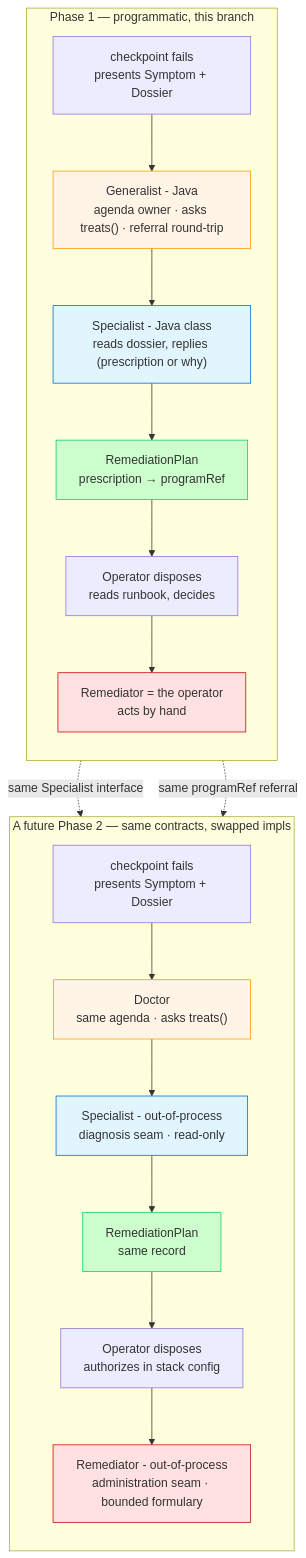
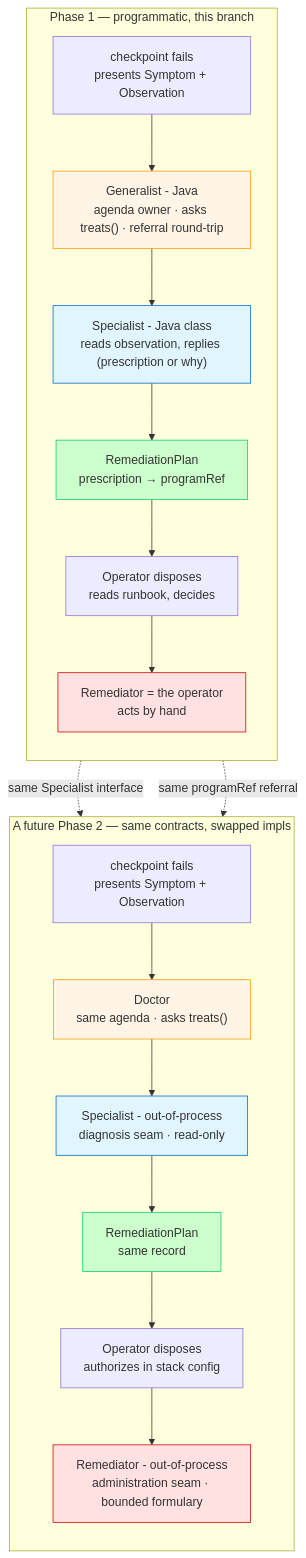
The fourth of 4 diagrams in docs/architecture/doctor/runbook-doctor.adoc (nxmatic/rke2lab), drawn with Mermaid before and after one commit. The commit also changed other lines of this file and 62 other files, not shown here.

```diff
--- a/docs/architecture/doctor/runbook-doctor.adoc
+++ b/docs/architecture/doctor/runbook-doctor.adoc
@@ -652,37 +652,37 @@
 [mermaid]
 ----
 graph TB
     subgraph P1["Phase 1 — programmatic, this branch"]
         direction TB
-        FAIL1["checkpoint fails<br/>presents Symptom + Dossier"]
+        FAIL1["checkpoint fails<br/>presents Symptom + Observation"]
         GEN1["Generalist - Java<br/>agenda owner · asks treats() · referral round-trip"]
-        SPEC1["Specialist - Java class<br/>reads dossier, replies (prescription or why)"]
+        SPEC1["Specialist - Java class<br/>reads observation, replies (prescription or why)"]
         PLAN1["RemediationPlan<br/>prescription → programRef"]
         OPER1["Operator disposes<br/>reads runbook, decides"]
         REM1["Remediator = the operator<br/>acts by hand"]
         FAIL1 --> GEN1 --> SPEC1 --> PLAN1 --> OPER1 --> REM1
     end
 
     subgraph P2["A future Phase 2 — same contracts, swapped impls"]
         direction TB
-        FAIL2["checkpoint fails<br/>presents Symptom + Dossier"]
+        FAIL2["checkpoint fails<br/>presents Symptom + Observation"]
         GEN2["Doctor<br/>same agenda · asks treats()"]
         SPEC2["Specialist - out-of-process<br/>diagnosis seam · read-only"]
         PLAN2["RemediationPlan<br/>same record"]
         OPER2["Operator disposes<br/>authorizes in stack config"]
         REM2["Remediator - out-of-process<br/>administration seam · bounded formulary"]
         FAIL2 --> GEN2 --> SPEC2 --> PLAN2 --> OPER2 --> REM2
     end
 
     SPEC1 -. same Specialist interface .-> SPEC2
     REM1 -. same programRef referral .-> REM2
 
     style GEN1 fill:#fff4e6,stroke:#ff9900
     style SPEC1 fill:#e1f5ff,stroke:#0066cc
     style PLAN1 fill:#ccffcc,stroke:#00cc66
     style REM1 fill:#ffe1e1,stroke:#cc0000
     style GEN2 fill:#fff4e6,stroke:#ff9900
     style SPEC2 fill:#e1f5ff,stroke:#0066cc
     style PLAN2 fill:#ccffcc,stroke:#00cc66
     style REM2 fill:#ffe1e1,stroke:#cc0000
 ----
```
